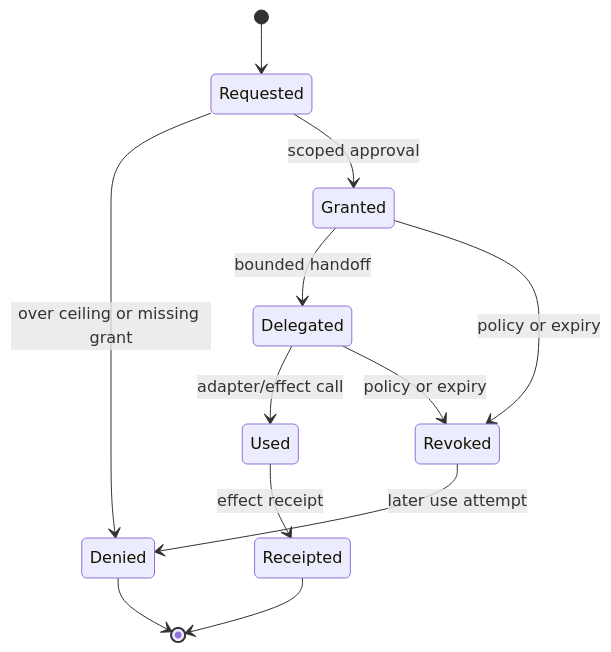
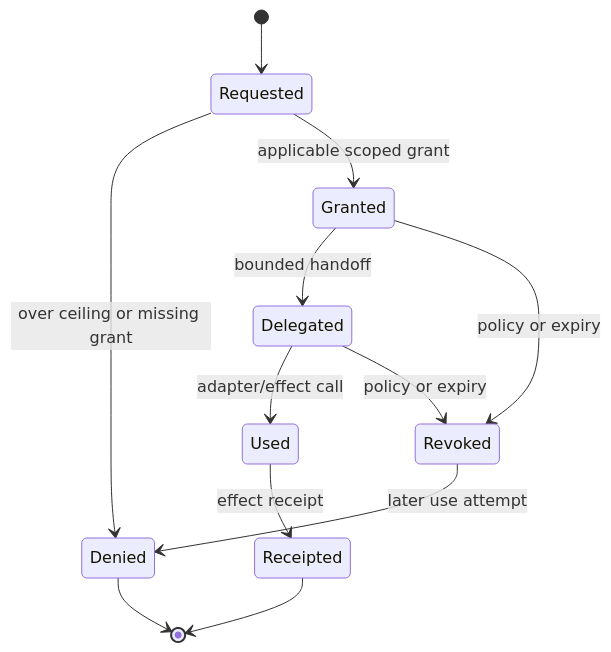
One commit to corbensorenson/asi-stack-book changed the second of 3 diagrams in chapters/system-boundaries-and-authority.qmd. Above: the diagram before and after it, drawn with Mermaid. The commit also changed other lines of this file and 345 other files, not shown here.

````diff
--- a/chapters/system-boundaries-and-authority.qmd
+++ b/chapters/system-boundaries-and-authority.qmd
@@ -172,14 +220,14 @@
 ```{mermaid}
 stateDiagram-v2
   [*] --> Requested
   Requested --> Denied: over ceiling or missing grant
-  Requested --> Granted: scoped approval
+  Requested --> Granted: applicable scoped grant
   Granted --> Delegated: bounded handoff
   Delegated --> Used: adapter/effect call
   Used --> Receipted: effect receipt
   Granted --> Revoked: policy or expiry
   Delegated --> Revoked: policy or expiry
   Revoked --> Denied: later use attempt
   Receipted --> [*]
   Denied --> [*]
 ```
````
